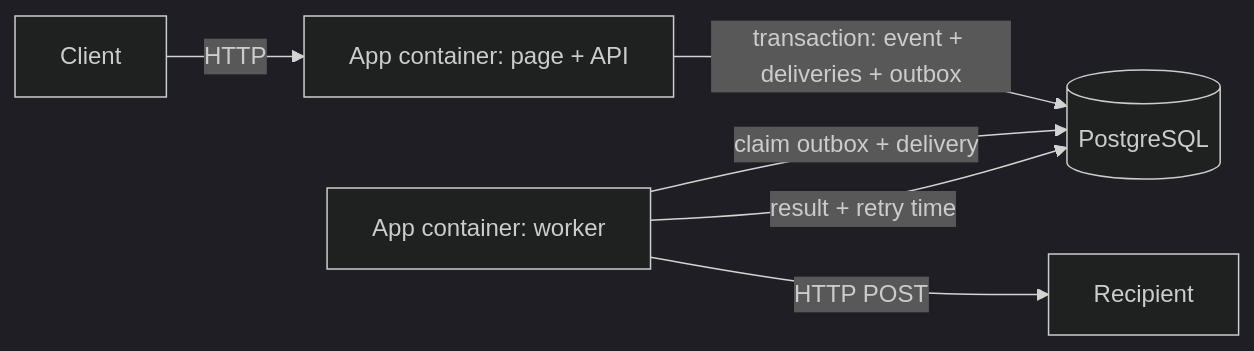
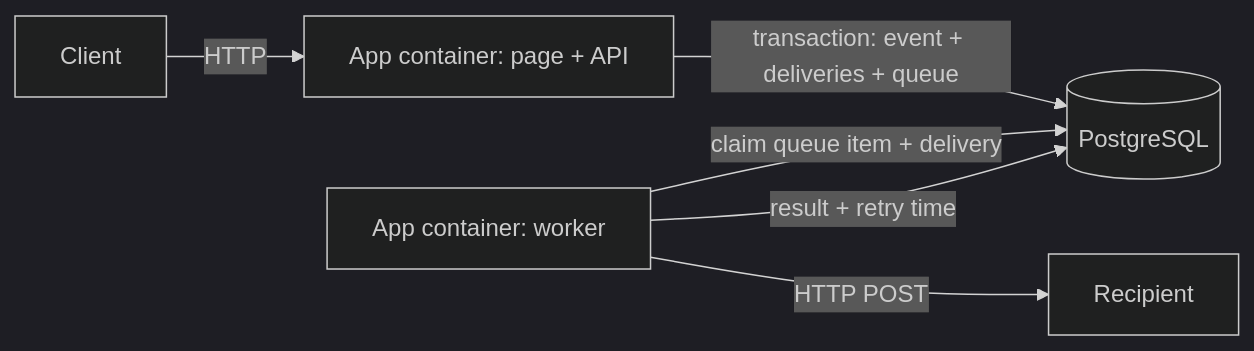
One commit to ferlarag/DeliveryKit changed the diagram in README.md. Above: the diagram before and after it, drawn with Mermaid (dark theme). The commit also changed other lines of this file and 16 other files, not shown here.

````diff
--- a/README.md
+++ b/README.md
@@ -5,8 +5,8 @@
 ```mermaid
 flowchart LR
   Client -->|HTTP| API[App container: page + API]
-  API -->|transaction: event + deliveries + outbox| DB[(PostgreSQL)]
-  Worker[App container: worker] -->|claim outbox + delivery| DB
+  API -->|transaction: event + deliveries + queue| DB[(PostgreSQL)]
+  Worker[App container: worker] -->|claim queue item + delivery| DB
   Worker -->|HTTP POST| Recipient
   Worker -->|result + retry time| DB
 ```
````
